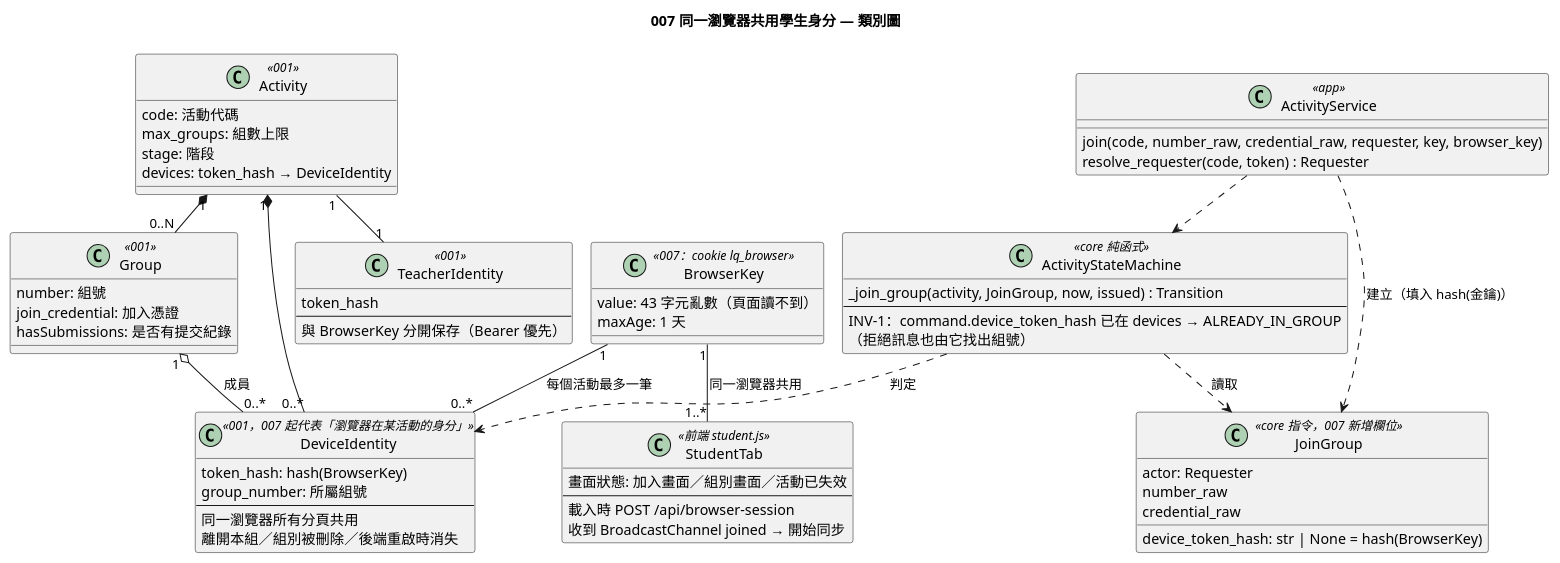
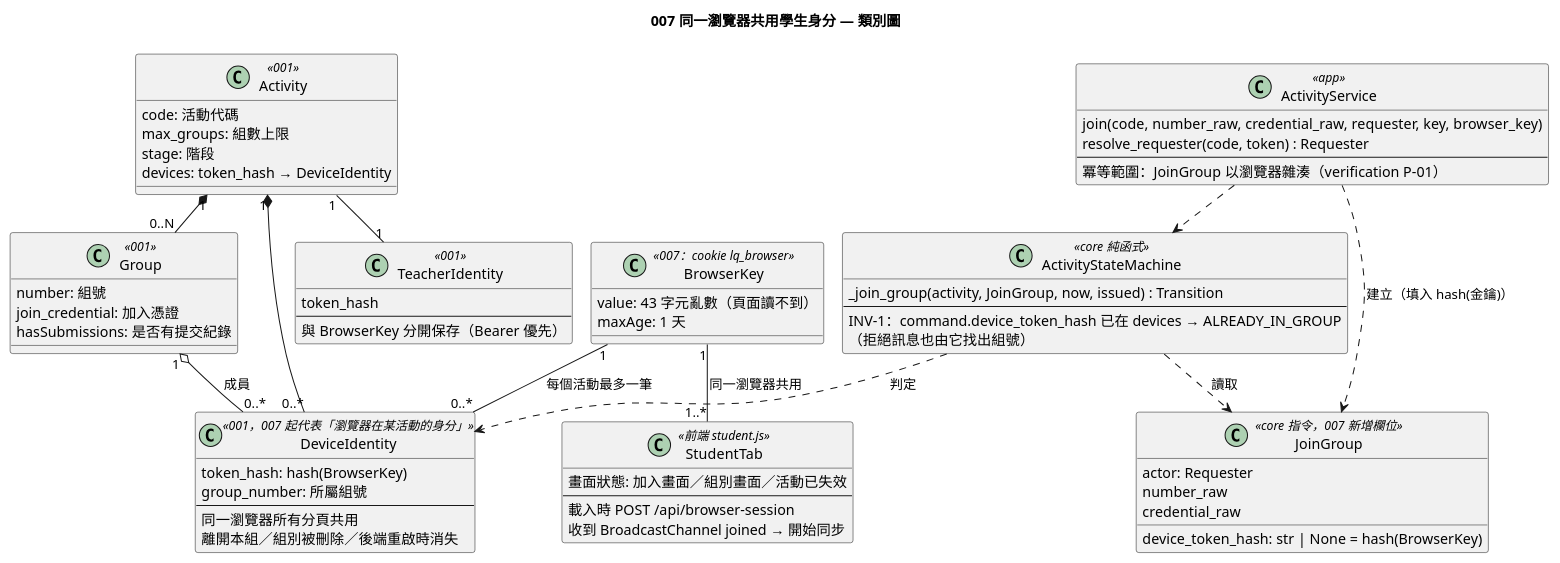
Before and after one commit to EricC430/lecture-answer-first_group16_speckit: the diagram in diagrams/007-browser-identity-sync-class.puml, drawn with PlantUML. The commit also changed 21 other files, not shown here.

First line of the commit message:
docs: 007 Polish 同步 001 文件與圖、各 quickstart、CLAUDE.md、SCENARIO_MAP，記錄驗證結果 (#36)

```diff
--- a/diagrams/007-browser-identity-sync-class.puml
+++ b/diagrams/007-browser-identity-sync-class.puml
@@ -1,74 +1,76 @@
 @startuml 007-browser-identity-sync-class
 !pragma layout smetana
 skinparam defaultFontName "Microsoft JhengHei"
 title 007 同一瀏覽器共用學生身分 — 類別圖
 
 class Activity <<001>> {
   code: 活動代碼
   max_groups: 組數上限
   stage: 階段
   devices: token_hash → DeviceIdentity
 }
 
 class Group <<001>> {
   number: 組號
   join_credential: 加入憑證
   hasSubmissions: 是否有提交紀錄
 }
 
 class BrowserKey <<007：cookie lq_browser>> {
   value: 43 字元亂數（頁面讀不到）
   maxAge: 1 天
 }
 
 class DeviceIdentity <<001，007 起代表「瀏覽器在某活動的身分」>> {
   token_hash: hash(BrowserKey)
   group_number: 所屬組號
   --
   同一瀏覽器所有分頁共用
   離開本組／組別被刪除／後端重啟時消失
 }
 
 class TeacherIdentity <<001>> {
   token_hash
   --
   與 BrowserKey 分開保存（Bearer 優先）
 }
 
 class ActivityStateMachine <<core 純函式>> {
   _join_group(activity, JoinGroup, now, issued) : Transition
   --
   INV-1：command.device_token_hash 已在 devices → ALREADY_IN_GROUP
   （拒絕訊息也由它找出組號）
 }
 
 class JoinGroup <<core 指令，007 新增欄位>> {
   actor: Requester
   number_raw
   credential_raw
   device_token_hash: str | None = hash(BrowserKey)
 }
 
 class ActivityService <<app>> {
   join(code, number_raw, credential_raw, requester, key, browser_key)
   resolve_requester(code, token) : Requester
+  --
+  冪等範圍：JoinGroup 以瀏覽器雜湊（verification P-01）
 }
 
 class StudentTab <<前端 student.js>> {
   畫面狀態: 加入畫面／組別畫面／活動已失效
   --
   載入時 POST /api/browser-session
   收到 BroadcastChannel joined → 開始同步
 }
 
 Activity "1" *-- "0..N" Group
 Activity "1" *-- "0..*" DeviceIdentity
 Group "1" o-- "0..*" DeviceIdentity : 成員
 Activity "1" -- "1" TeacherIdentity
 BrowserKey "1" -- "0..*" DeviceIdentity : 每個活動最多一筆
 BrowserKey "1" -- "1..*" StudentTab : 同一瀏覽器共用
 ActivityService ..> JoinGroup : 建立（填入 hash(金鑰)）
 ActivityStateMachine ..> JoinGroup : 讀取
 ActivityService ..> ActivityStateMachine
 ActivityStateMachine ..> DeviceIdentity : 判定
 @enduml
```
